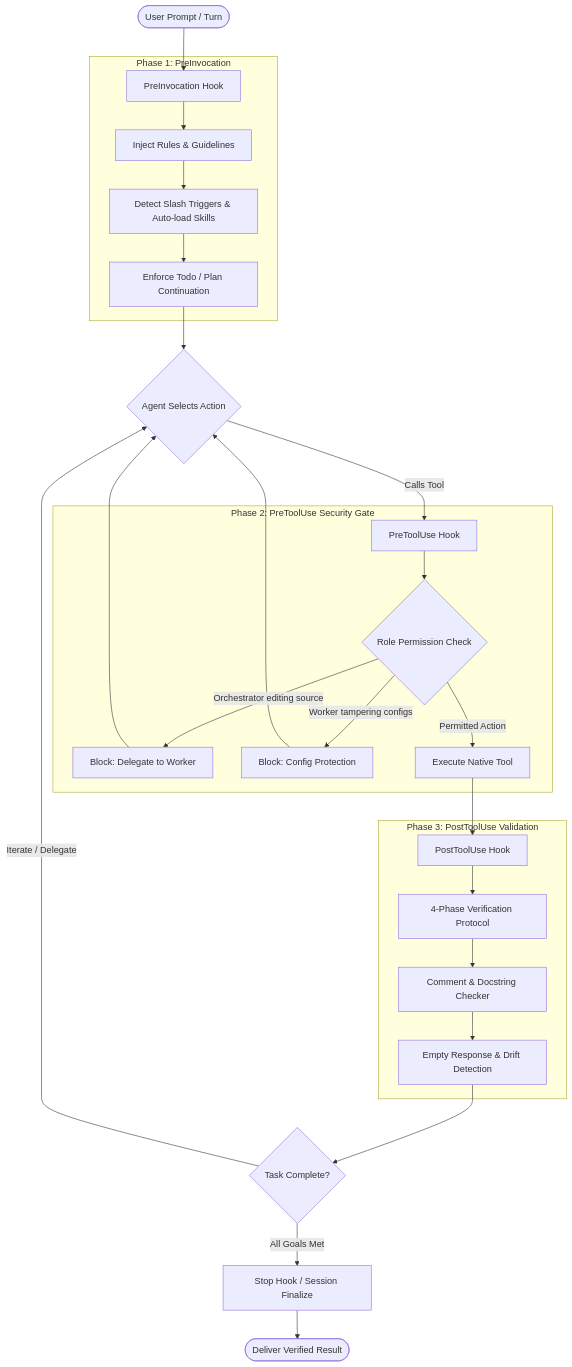
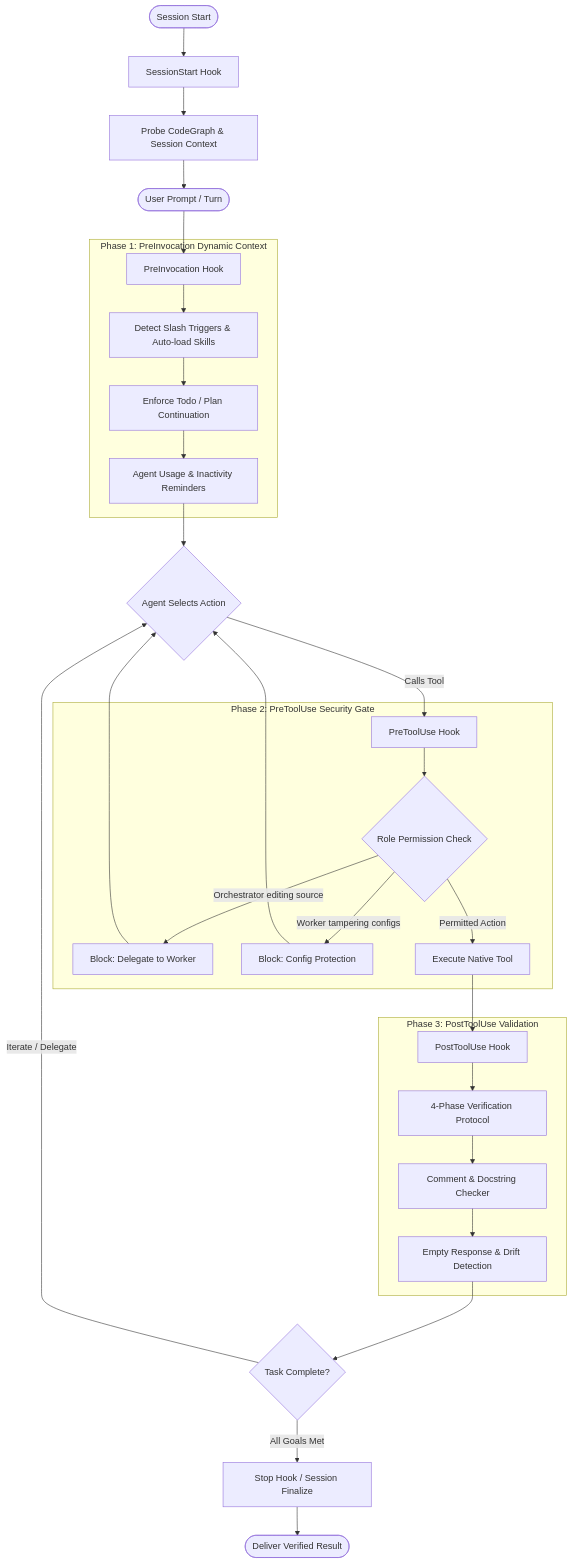
Before and after one commit to HengWeiBin/oh-my-antigravity: the first of 2 diagrams in README.md, drawn with Mermaid. The commit also changed other lines of this file and 3 other files, not shown here.

Commit message:
docs(hooks): update 5-phase lifecycle documentation and skill guide (#12)

````diff
--- a/README.md
+++ b/README.md
@@ -116,37 +119,41 @@
 ```mermaid
 flowchart TD
-    User([User Prompt / Turn]) --> PreInv[PreInvocation Hook]
+    SessInit([Session Start]) --> SessStart[SessionStart Hook]
+    SessStart --> DetectEnv[Probe CodeGraph & Session Context]
+    DetectEnv --> User([User Prompt / Turn])
     
-    subgraph PreInvPhase [Phase 1: PreInvocation]
-        PreInv --> RuleInj[Inject Rules & Guidelines]
-        RuleInj --> SkillMount[Detect Slash Triggers & Auto-load Skills]
+    User --> PreInv[PreInvocation Hook]
+    
+    subgraph PreInvPhase [Phase 1: PreInvocation Dynamic Context]
+        PreInv --> SkillMount[Detect Slash Triggers & Auto-load Skills]
         SkillMount --> PlanCont[Enforce Todo / Plan Continuation]
+        PlanCont --> UsageRemind[Agent Usage & Inactivity Reminders]
     end
     
-    PlanCont --> AgentDecision{Agent Selects Action}
+    UsageRemind --> AgentDecision{Agent Selects Action}
     
     AgentDecision -->|Calls Tool| PreTool[PreToolUse Hook]
     
     subgraph PreToolPhase [Phase 2: PreToolUse Security Gate]
         PreTool --> RoleCheck{Role Permission Check}
         RoleCheck -->|Orchestrator editing source| DenyTool[Block: Delegate to Worker]
         RoleCheck -->|Worker tampering configs| DenyConfig[Block: Config Protection]
         RoleCheck -->|Permitted Action| ExecTool[Execute Native Tool]
     end
     
     DenyTool --> AgentDecision
     DenyConfig --> AgentDecision
     
     ExecTool --> PostTool[PostToolUse Hook]
     
     subgraph PostToolPhase [Phase 3: PostToolUse Validation]
         PostTool --> VerifyCheck[4-Phase Verification Protocol]
         VerifyCheck --> CommentCheck[Comment & Docstring Checker]
         CommentCheck --> EmptyCheck[Empty Response & Drift Detection]
     end
     
     EmptyCheck --> NextAction{Task Complete?}
     NextAction -->|Iterate / Delegate| AgentDecision
     NextAction -->|All Goals Met| StopHook[Stop Hook / Session Finalize]
     StopHook --> FinalResponse([Deliver Verified Result])
 ```
````
